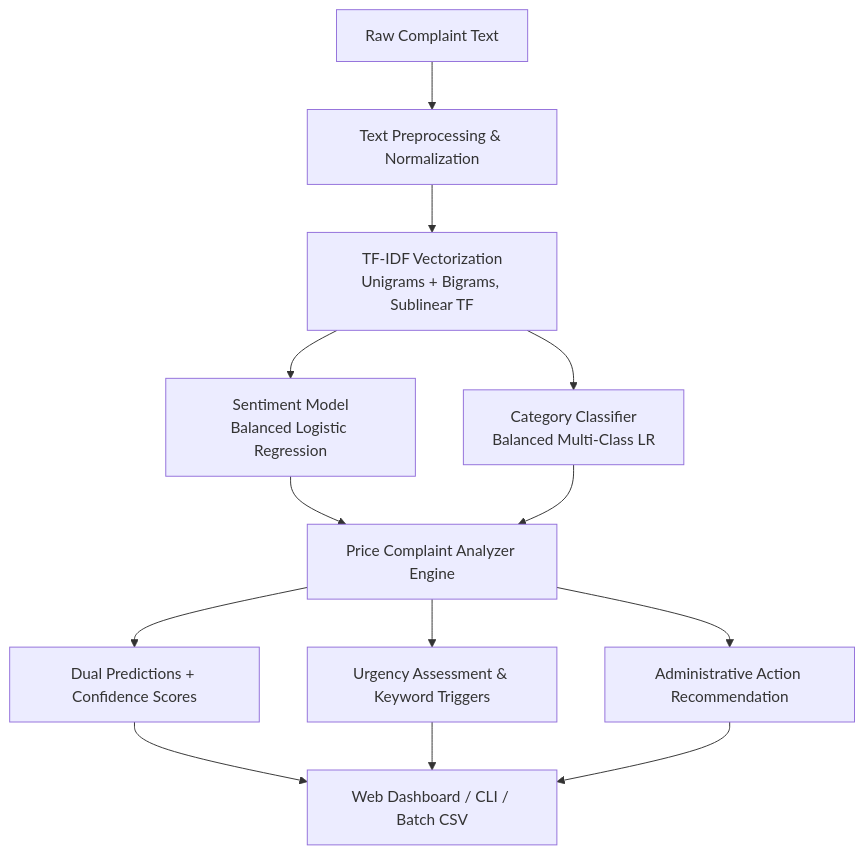
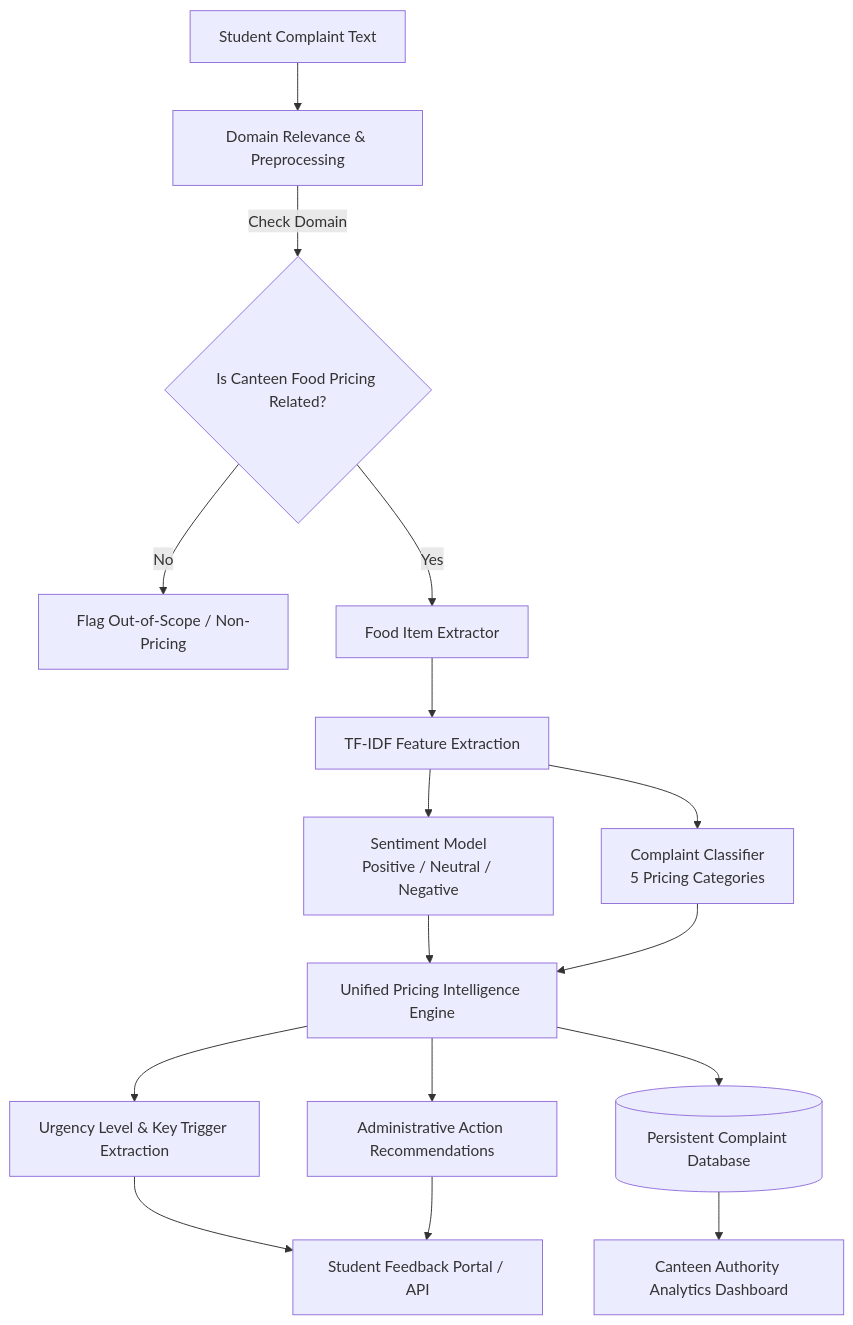
Before and after one commit to JaySatishPatel/NLP_Minor_Project: the diagram in README.md, drawn with Mermaid. The commit also changed other lines of this file and 6 other files, not shown here.

````diff
--- a/README.md
+++ b/README.md
@@ -45,15 +29,18 @@
 ```mermaid
 graph TD
-    A[Raw Complaint Text] --> B[Text Preprocessing & Normalization]
-    B --> C[TF-IDF Vectorization<br/>Unigrams + Bigrams, Sublinear TF]
-    C --> D[Sentiment Model<br/>Balanced Logistic Regression]
-    C --> E[Category Classifier<br/>Balanced Multi-Class LR]
-    D --> F[Price Complaint Analyzer Engine]
-    E --> F
-    F --> G[Dual Predictions + Confidence Scores]
-    F --> H[Urgency Assessment & Keyword Triggers]
-    F --> I[Administrative Action Recommendation]
-    G --> J[Web Dashboard / CLI / Batch CSV]
-    H --> J
-    I --> J
+    A[Student Complaint Text] --> B[Domain Relevance & Preprocessing]
+    B -->|Check Domain| C{Is Canteen Food Pricing Related?}
+    C -->|No| D[Flag Out-of-Scope / Non-Pricing]
+    C -->|Yes| E[Food Item Extractor]
+    E --> F[TF-IDF Feature Extraction]
+    F --> G[Sentiment Model<br/>Positive / Neutral / Negative]
+    F --> H[Complaint Classifier<br/>5 Pricing Categories]
+    G --> I[Unified Pricing Intelligence Engine]
+    H --> I
+    I --> J[Urgency Level & Key Trigger Extraction]
+    I --> K[Administrative Action Recommendations]
+    I --> L[(Persistent Complaint Database)]
+    L --> M[Canteen Authority Analytics Dashboard]
+    J --> N[Student Feedback Portal / API]
+    K --> N
 ```
````
